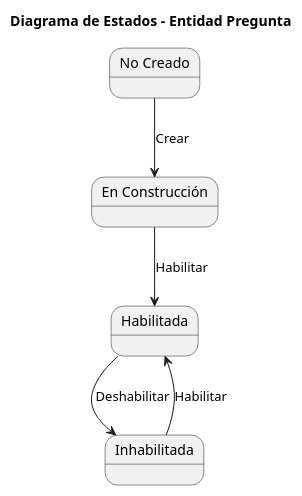
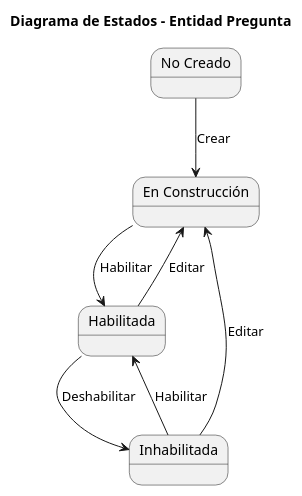
Before and after one commit to martinlopez7/25-26-IdSw1-SdR: the diagram in documents/modelos/diagramas/diagramaEstados/diagramaEstadosPregunta/diagramaEstadosPregunta.puml, drawn with PlantUML. The commit also changed 2 other files, not shown here.

Commit message:
feat(mdd): añade transiciones de edición en habiltada e inhabilitada y corrige justificación de creación en diagrama de estados [refs #43]

```diff
--- a/documents/modelos/diagramas/diagramaEstados/diagramaEstadosPregunta/diagramaEstadosPregunta.puml
+++ b/documents/modelos/diagramas/diagramaEstados/diagramaEstadosPregunta/diagramaEstadosPregunta.puml
@@ -1,14 +1,17 @@
 @startuml
 title Diagrama de Estados - Entidad Pregunta
 
 state "No Creado" as no_creado 
 state "En Construcción" as construccion 
 state "Habilitada" as habilitada
 state "Inhabilitada" as inhabilitada 
 
 no_creado --> construccion : Crear
 construccion --> habilitada : Habilitar
 
 habilitada --> inhabilitada : Deshabilitar
 inhabilitada --> habilitada : Habilitar
+
+habilitada --> construccion : Editar
+inhabilitada --> construccion : Editar
 @enduml
```
